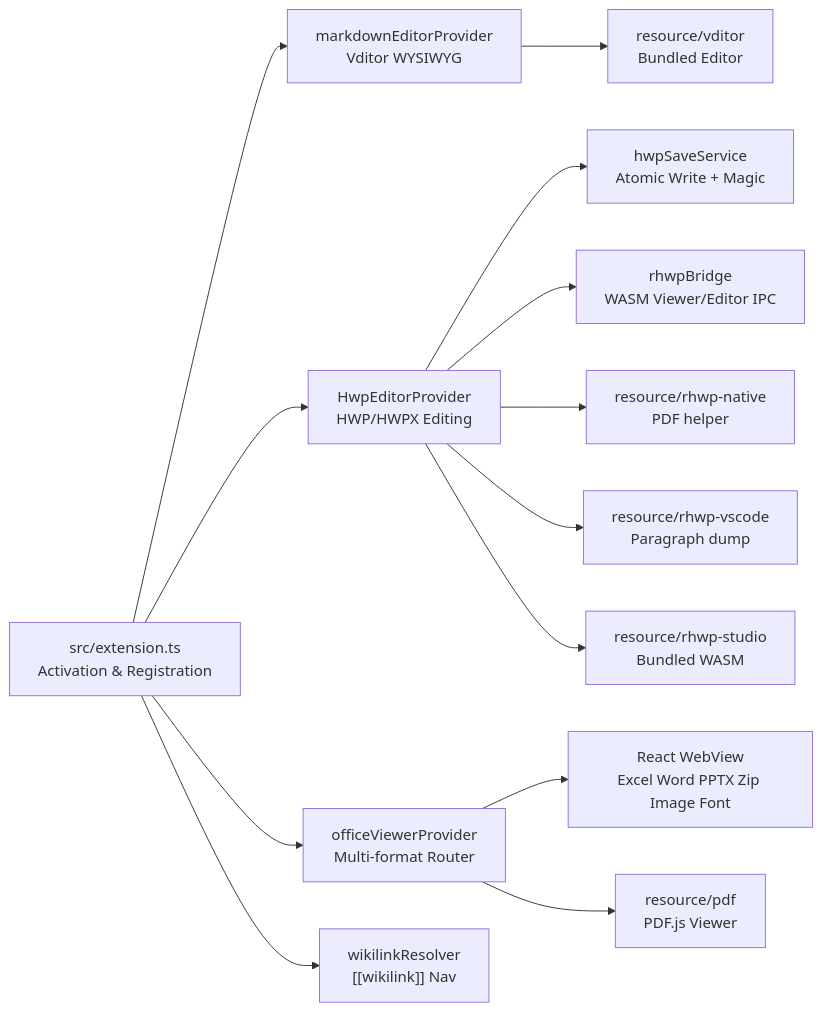
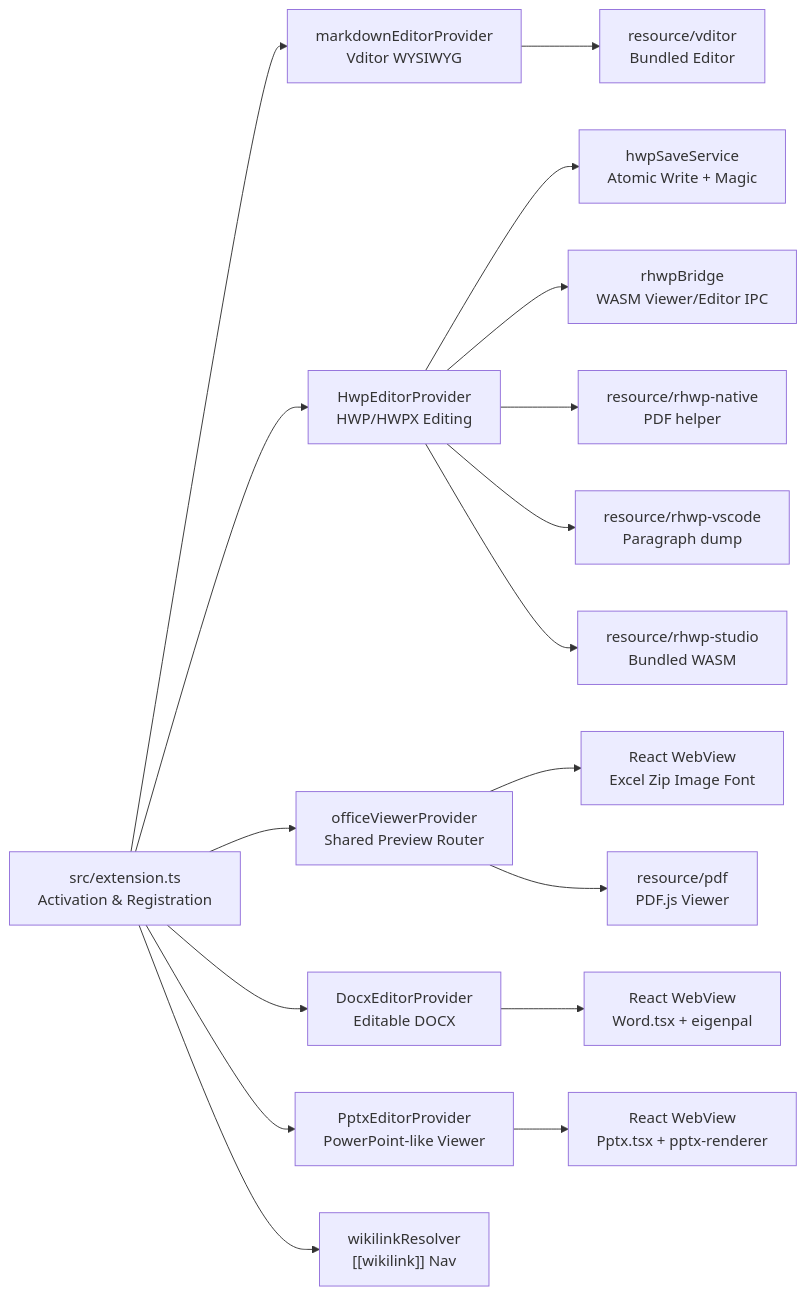
The diagram in structure/00-structure-hub.md (lidge-jun/code-office), drawn with Mermaid before and after one commit. The commit also changed other lines of this file and 15 other files, not shown here.

Commit message:
docs: sync DOCX and PPTX public docs for merge QA

````diff
--- a/structure/00-structure-hub.md
+++ b/structure/00-structure-hub.md
@@ -20,15 +20,19 @@
 ```mermaid
 graph LR
     EXT["src/extension.ts<br/>Activation & Registration"] --> MD["markdownEditorProvider<br/>Vditor WYSIWYG"]
     EXT --> HWP["HwpEditorProvider<br/>HWP/HWPX Editing"]
-    EXT --> OV["officeViewerProvider<br/>Multi-format Router"]
+    EXT --> OV["officeViewerProvider<br/>Shared Preview Router"]
+    EXT --> DOCX["DocxEditorProvider<br/>Editable DOCX"]
+    EXT --> PPTX["PptxEditorProvider<br/>PowerPoint-like Viewer"]
     EXT --> WL["wikilinkResolver<br/>[[wikilink]] Nav"]
     HWP --> SAVE["hwpSaveService<br/>Atomic Write + Magic"]
     HWP --> BRIDGE["rhwpBridge<br/>WASM Viewer/Editor IPC"]
     HWP --> NATIVEPDF["resource/rhwp-native<br/>PDF helper"]
     HWP --> RHWPV["resource/rhwp-vscode<br/>Paragraph dump"]
-    OV --> REACT["React WebView<br/>Excel Word PPTX Zip Image Font"]
+    OV --> REACT["React WebView<br/>Excel Zip Image Font"]
+    DOCX --> WORD["React WebView<br/>Word.tsx + eigenpal"]
+    PPTX --> SLIDES["React WebView<br/>Pptx.tsx + pptx-renderer"]
     MD --> VDITOR["resource/vditor<br/>Bundled Editor"]
     HWP --> RHWP["resource/rhwp-studio<br/>Bundled WASM"]
     OV --> PDF["resource/pdf<br/>PDF.js Viewer"]
 ```
````
